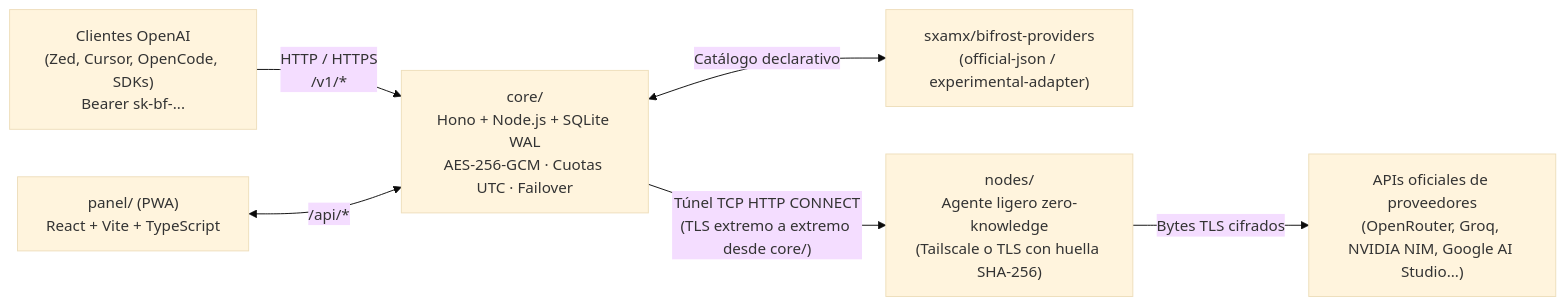
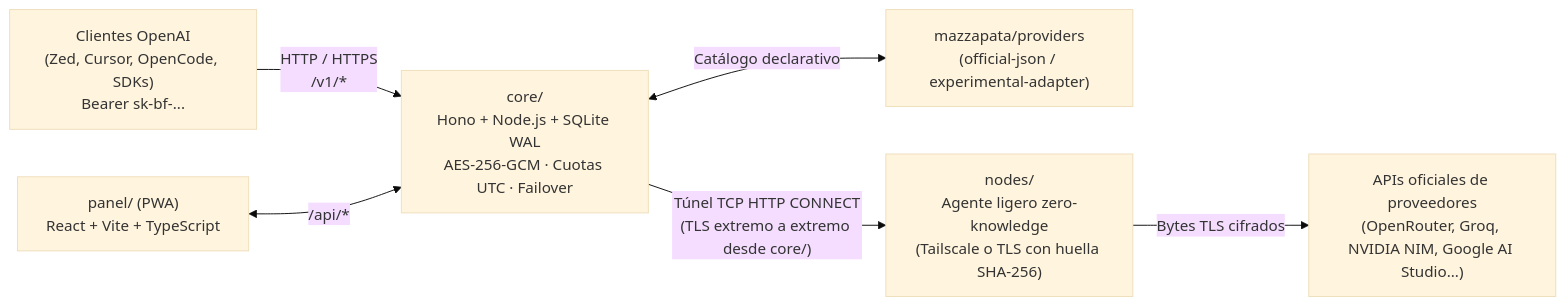
The diagram in README.md (sxamx/bifrost), drawn with Mermaid (base theme) before and after one commit. The commit also changed other lines of this file and 13 other files, not shown here.

Commit message:
chore(marketplace): migrate official providers catalog to mazzapata/providers

````diff
--- a/README.md
+++ b/README.md
@@ -36,8 +36,8 @@
 ```mermaid
 flowchart LR
   C["Clientes OpenAI\n(Zed, Cursor, OpenCode, SDKs)\nBearer sk-bf-..."] -->|"HTTP / HTTPS\n/v1/*"| CORE["core/\nHono + Node.js + SQLite WAL\nAES-256-GCM · Cuotas UTC · Failover"]
   PANEL["panel/ (PWA)\nReact + Vite + TypeScript"] <-->|"/api/*"| CORE
-  CORE <-->|"Catálogo declarativo"| MP["sxamx/bifrost-providers\n(official-json / experimental-adapter)"]
+  CORE <-->|"Catálogo declarativo"| MP["mazzapata/providers\n(official-json / experimental-adapter)"]
   CORE -->|"Túnel TCP HTTP CONNECT\n(TLS extremo a extremo desde core/)"| NODE["nodes/\nAgente ligero zero-knowledge\n(Tailscale o TLS con huella SHA-256)"]
   NODE -->|"Bytes TLS cifrados"| UP["APIs oficiales de proveedores\n(OpenRouter, Groq, NVIDIA NIM, Google AI Studio...)"]
 ```
````
